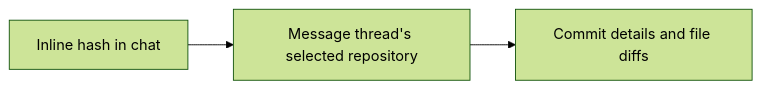
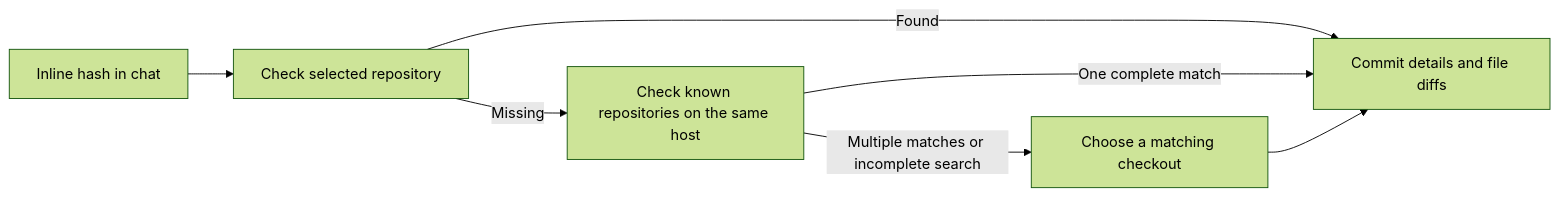
The first of 6 diagrams in src/bb-plugins/git-glance/README.md (connorads/dotfiles), drawn with Mermaid (forest theme) before and after one commit. The commit also changed other lines of this file and 11 other files, not shown here.

First line of the commit message:
Find chat commits across known checkouts

````diff
--- a/src/bb-plugins/git-glance/README.md
+++ b/src/bb-plugins/git-glance/README.md
@@ -47,5 +48,9 @@
 ```mermaid
 flowchart LR
-  Hash[Inline hash in chat] --> Repository[Message thread's selected repository]
-  Repository --> Commit[Commit details and file diffs]
+  Hash[Inline hash in chat] --> Repository[Check selected repository]
+  Repository -->|Found| Commit[Commit details and file diffs]
+  Repository -->|Missing| Known[Check known repositories on the same host]
+  Known -->|One complete match| Commit
+  Known -->|Multiple matches or incomplete search| Choose[Choose a matching checkout]
+  Choose --> Commit
 ```
````
